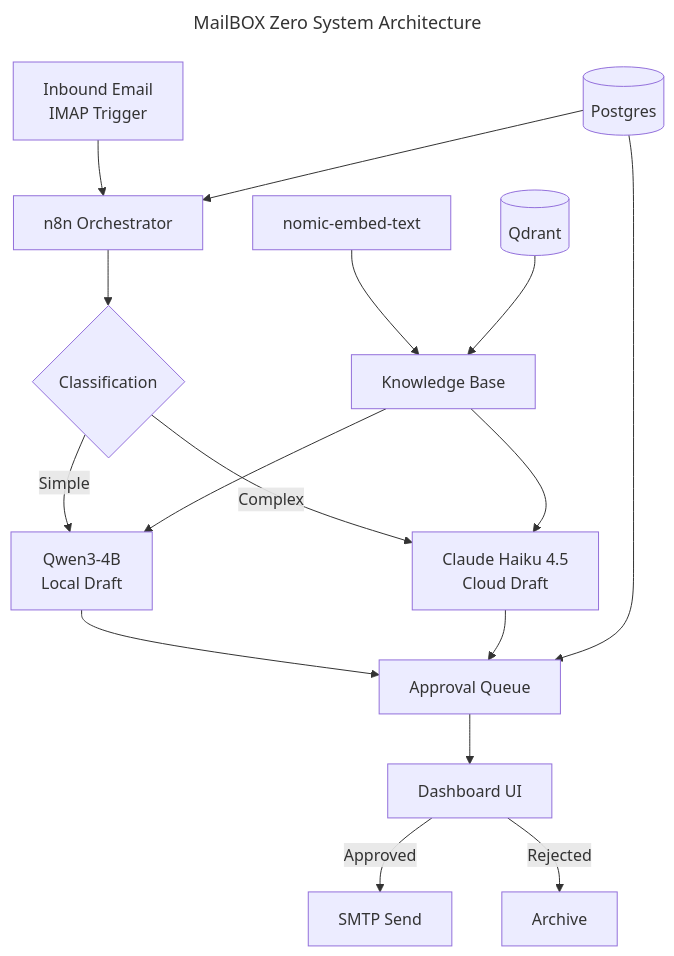
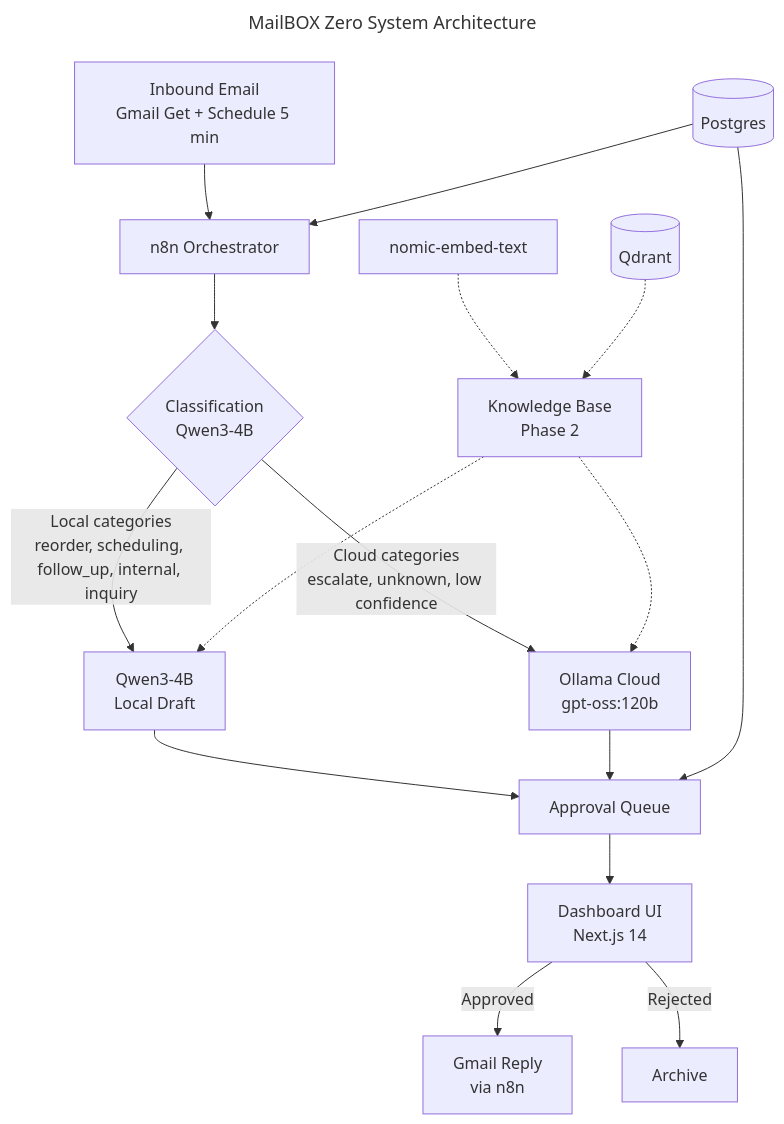
One commit to UMB-Advisors/mailbox changed the diagram in README.md. Above: the diagram before and after it, drawn with Mermaid. The commit also changed other lines of this file and 2 other files, not shown here.

First line of the commit message:
docs: sync CLAUDE.md + README to as-built state (STAQPRO-117)

````diff
--- a/README.md
+++ b/README.md
@@ -71,21 +72,21 @@
 ```mermaid
 ---
 title: MailBOX Zero System Architecture
 ---
 flowchart TB
-    A[Inbound Email<br>IMAP Trigger] --> B[n8n Orchestrator]
-    B --> C{Classification}
-    C -->|Simple| D[Qwen3-4B<br>Local Draft]
-    C -->|Complex| E[Claude Haiku 4.5<br>Cloud Draft]
+    A[Inbound Email<br>Gmail Get + Schedule 5 min] --> B[n8n Orchestrator]
+    B --> C{Classification<br>Qwen3-4B}
+    C -->|Local categories<br>reorder, scheduling, follow_up, internal, inquiry| D[Qwen3-4B<br>Local Draft]
+    C -->|Cloud categories<br>escalate, unknown, low confidence| E[Ollama Cloud<br>gpt-oss:120b]
     D --> F[Approval Queue]
     E --> F
-    F --> G[Dashboard UI]
-    G -->|Approved| H[SMTP Send]
+    F --> G[Dashboard UI<br>Next.js 14]
+    G -->|Approved| H[Gmail Reply<br>via n8n]
     G -->|Rejected| I[Archive]
-    J[Knowledge Base] --> D
-    J --> E
-    K[nomic-embed-text] --> J
-    L[(Qdrant)] --> J
+    J[Knowledge Base<br>Phase 2] -.-> D
+    J -.-> E
+    K[nomic-embed-text] -.-> J
+    L[(Qdrant)] -.-> J
     M[(Postgres)] --> B
     M --> F
 ```
````
